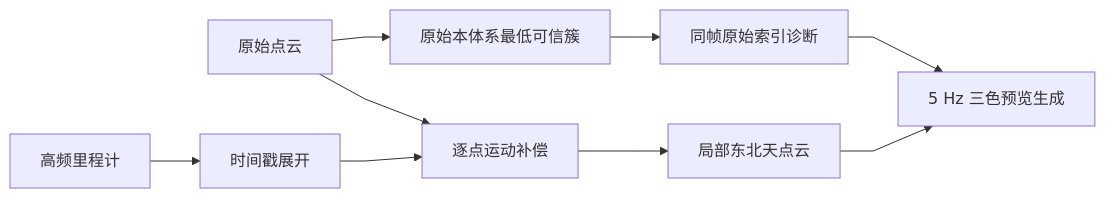
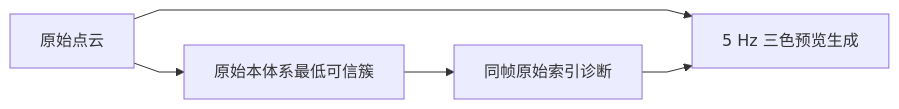
The first of 3 diagrams in docs/architecture/数据流设计.md (chuan126/capture_system), drawn with Mermaid before and after one commit. The commit also changed other lines of this file and 93 other files, not shown here.

````diff
--- a/docs/architecture/数据流设计.md
+++ b/docs/architecture/数据流设计.md
@@ -9,17 +9,11 @@
 ```mermaid
 %%{init: {"flowchart": {"curve": "linear"}}}%%
 flowchart LR
     RAW["原始点云"]
-    ODOM["高频里程计"]
-    ADAPT["时间戳展开"]
-    COMP["逐点运动补偿"]
-    ENU["局部东北天点云"]
     CLEAR["原始本体系最低可信簇"]
     DIAG["同帧原始索引诊断"]
     PREVIEW["5 Hz 三色预览生成"]
     RAW --> CLEAR --> DIAG
-    RAW --> COMP
-    ODOM --> ADAPT --> COMP --> ENU
-    ENU --> PREVIEW
+    RAW --> PREVIEW
     DIAG --> PREVIEW
 ```
````
